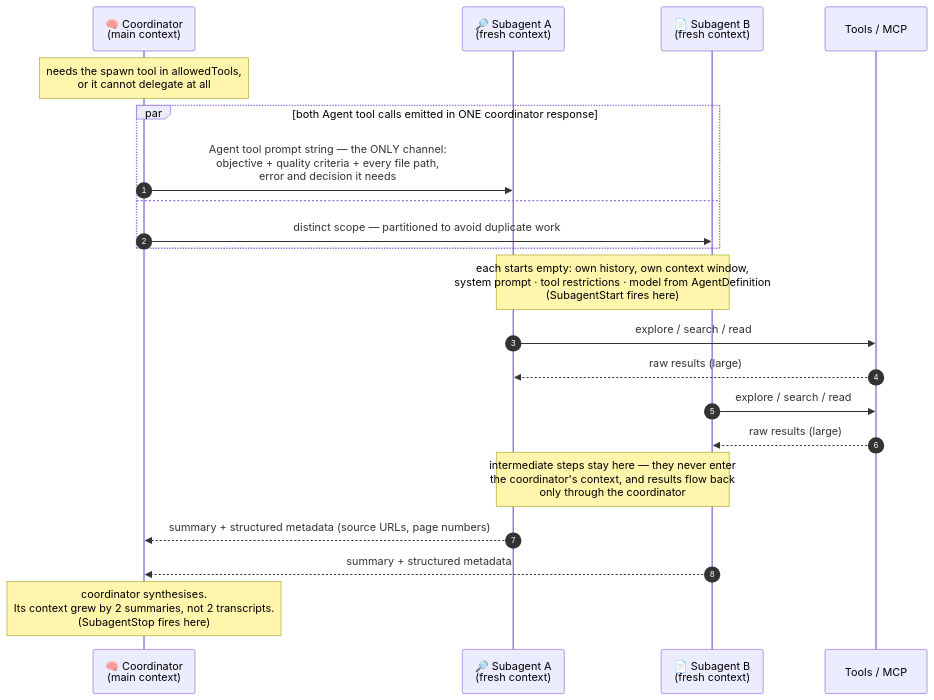
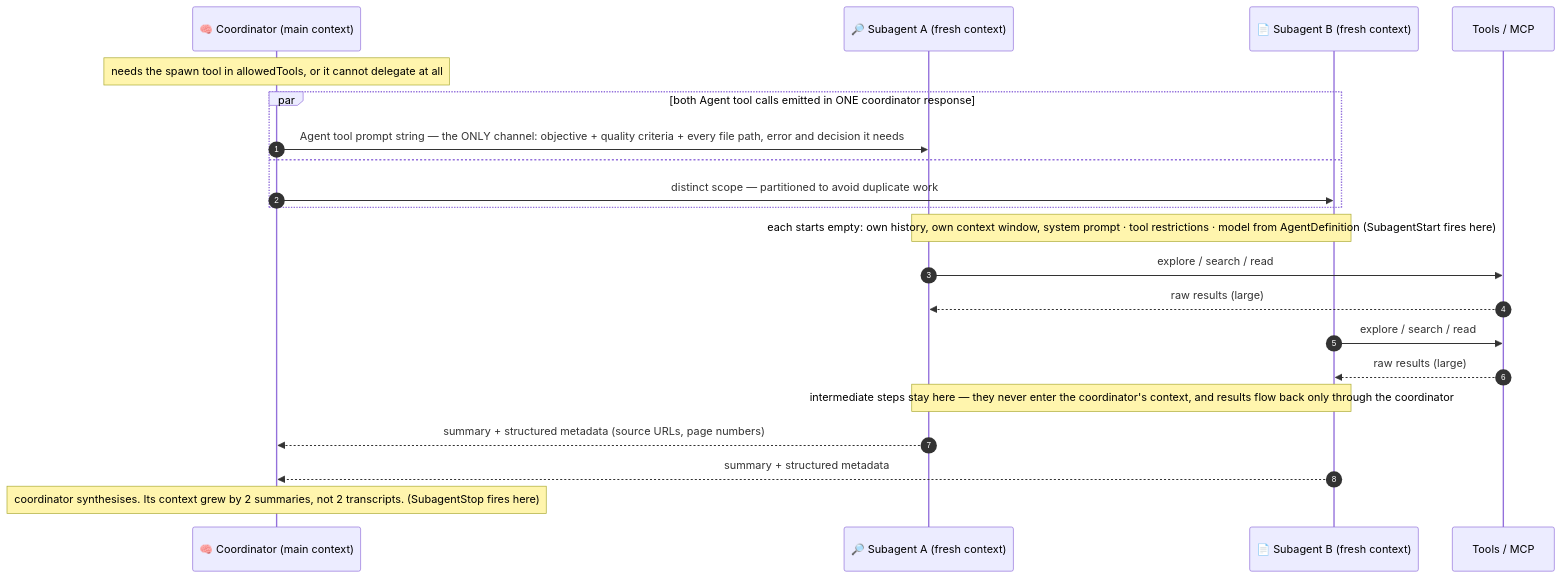
One commit to parmar-m/claude-architect-certification-prep changed the third of 8 diagrams in CCA-F/domains/d1-agentic-architecture.md. Above: the diagram before and after it, drawn with Mermaid. The commit also changed other lines of this file and 25 other files, not shown here.

````diff
--- a/CCA-F/domains/d1-agentic-architecture.md
+++ b/CCA-F/domains/d1-agentic-architecture.md
@@ -111,30 +111,30 @@
 ```mermaid
 sequenceDiagram
     autonumber
-    participant CO as 🧠 Coordinator<br/>(main context)
-    participant A as 🔎 Subagent A<br/>(fresh context)
-    participant B as 📄 Subagent B<br/>(fresh context)
+    participant CO as 🧠 Coordinator (main context)
+    participant A as 🔎 Subagent A (fresh context)
+    participant B as 📄 Subagent B (fresh context)
     participant T as Tools / MCP
 
-    Note over CO: needs the spawn tool in allowedTools,<br/>or it cannot delegate at all
+    Note over CO: needs the spawn tool in allowedTools, or it cannot delegate at all
 
     par both Agent tool calls emitted in ONE coordinator response
-        CO->>A: Agent tool prompt string — the ONLY channel:<br/>objective + quality criteria + every file path,<br/>error and decision it needs
+        CO->>A: Agent tool prompt string — the ONLY channel: objective + quality criteria + every file path, error and decision it needs
     and
         CO->>B: distinct scope — partitioned to avoid duplicate work
     end
 
-    Note over A,B: each starts empty: own history, own context window,<br/>system prompt · tool restrictions · model from AgentDefinition<br/>(SubagentStart fires here)
+    Note over A,B: each starts empty: own history, own context window, system prompt · tool restrictions · model from AgentDefinition (SubagentStart fires here)
 
     A->>T: explore / search / read
     T-->>A: raw results (large)
     B->>T: explore / search / read
     T-->>B: raw results (large)
 
-    Note over A,B: intermediate steps stay here — they never enter<br/>the coordinator's context, and results flow back<br/>only through the coordinator
+    Note over A,B: intermediate steps stay here — they never enter the coordinator's context, and results flow back only through the coordinator
 
     A-->>CO: summary + structured metadata (source URLs, page numbers)
     B-->>CO: summary + structured metadata
 
-    Note over CO: coordinator synthesises.<br/>Its context grew by 2 summaries, not 2 transcripts.<br/>(SubagentStop fires here)
+    Note over CO: coordinator synthesises. Its context grew by 2 summaries, not 2 transcripts. (SubagentStop fires here)
 ```
````
